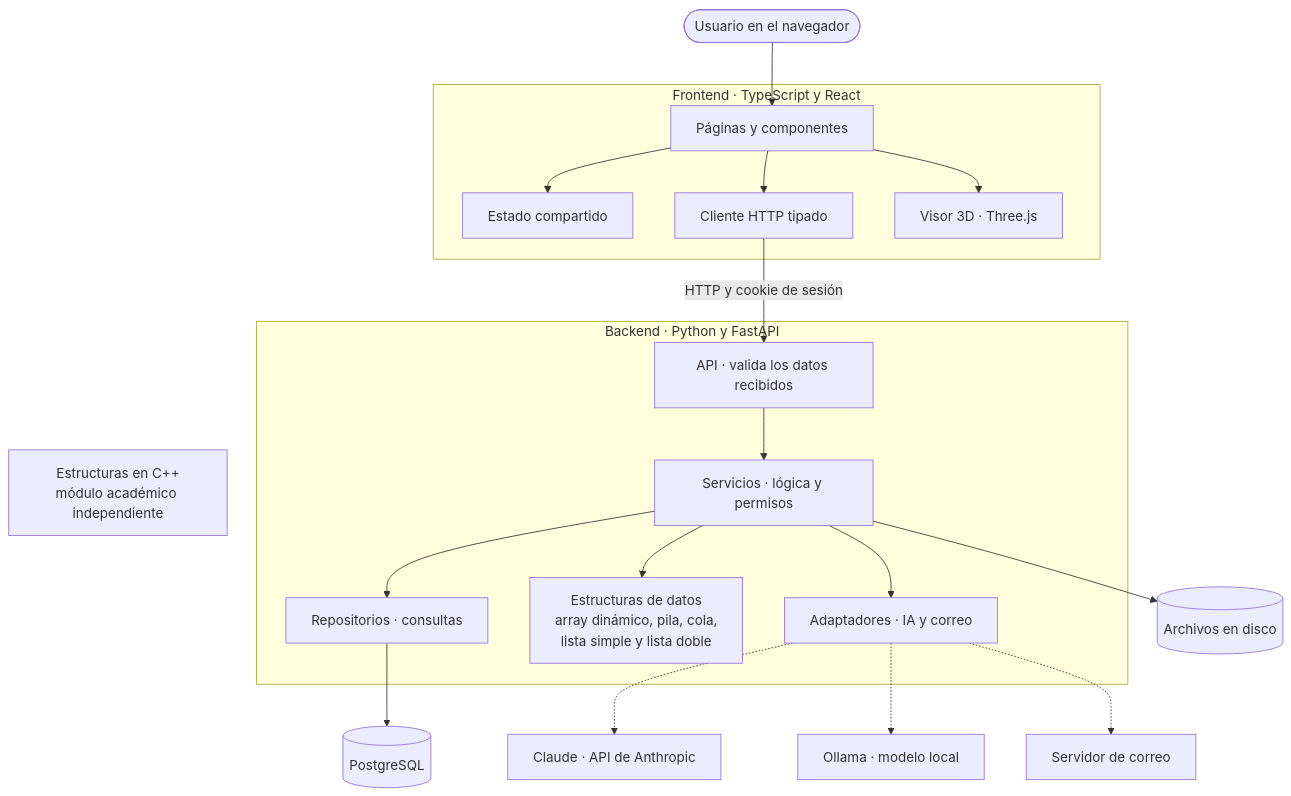
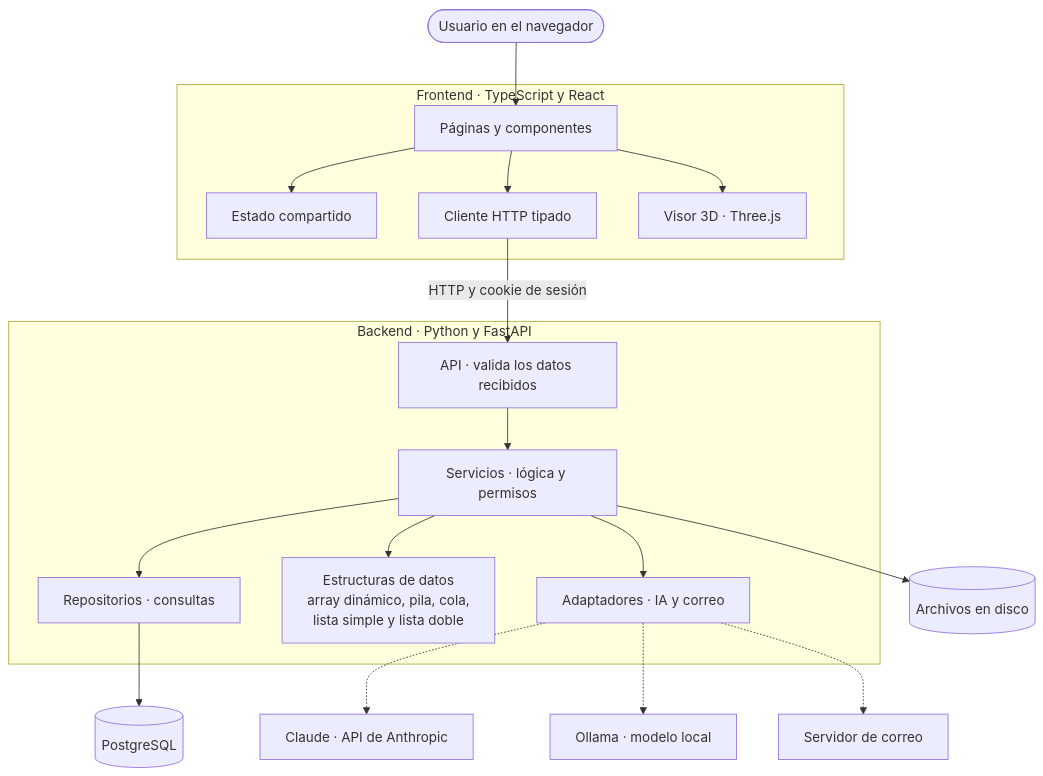
Before and after one commit to ssantivr/ARQUILA: the diagram in docs/03_ARQUITECTURA.md, drawn with Mermaid. The commit also changed other lines of this file and 13 other files, not shown here.

````diff
--- a/docs/03_ARQUITECTURA.md
+++ b/docs/03_ARQUITECTURA.md
@@ -27,42 +25,40 @@
 ```mermaid
 flowchart TD
     user([Usuario en el navegador])
 
     subgraph frontend["Frontend · TypeScript y React"]
         pages["Páginas y componentes"]
         state["Estado compartido"]
         client["Cliente HTTP tipado"]
         viewer["Visor 3D · Three.js"]
         pages --> state
         pages --> client
         pages --> viewer
     end
 
     subgraph backend["Backend · Python y FastAPI"]
         api["API · valida los datos recibidos"]
         services["Servicios · lógica y permisos"]
         repositories["Repositorios · consultas"]
         structures["Estructuras de datos<br/>array dinámico, pila, cola,<br/>lista simple y lista doble"]
         adapters["Adaptadores · IA y correo"]
         api --> services
         services --> repositories
         services --> structures
         services --> adapters
     end
 
     database[("PostgreSQL")]
     files[("Archivos en disco")]
     claude["Claude · API de Anthropic"]
     ollama["Ollama · modelo local"]
     smtp["Servidor de correo"]
-    cpp["Estructuras en C++<br/>módulo académico independiente"]
 
     user --> pages
     client -- "HTTP y cookie de sesión" --> api
     repositories --> database
     services --> files
     adapters -.-> claude
     adapters -.-> ollama
     adapters -.-> smtp
-    cpp ~~~ structures
 ```
````
